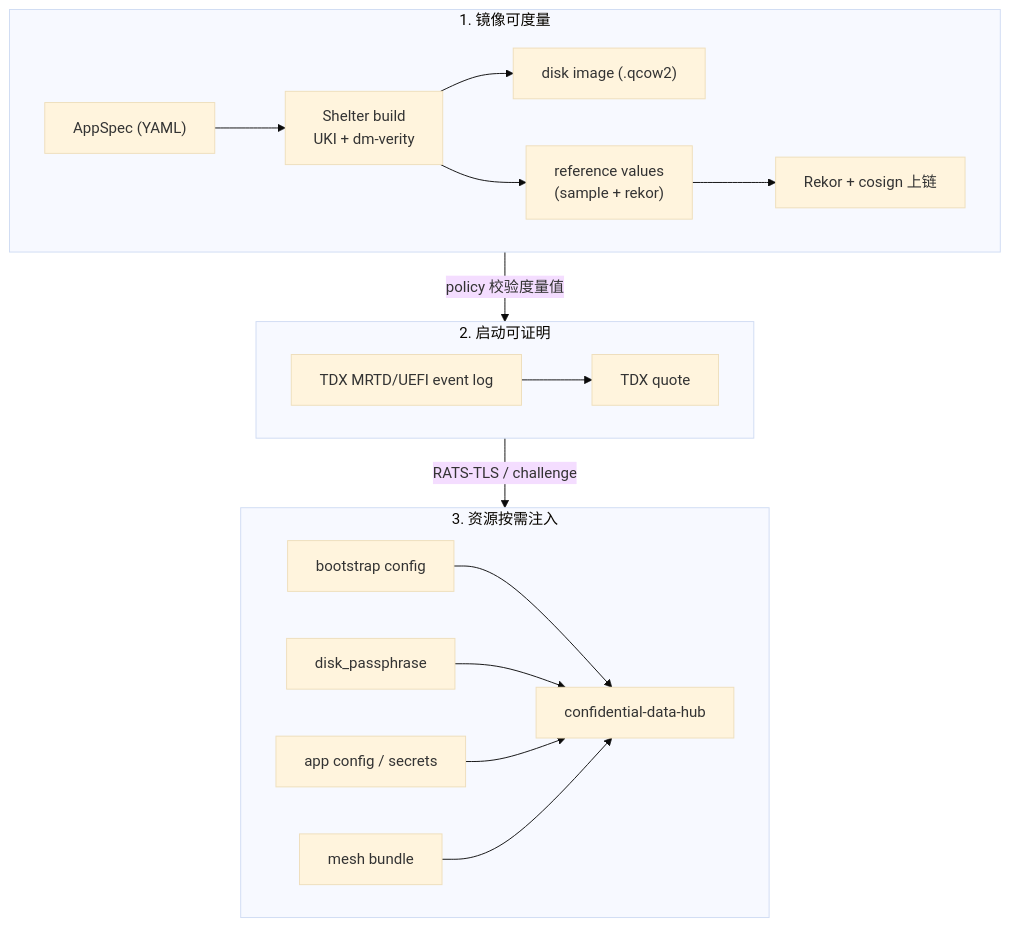
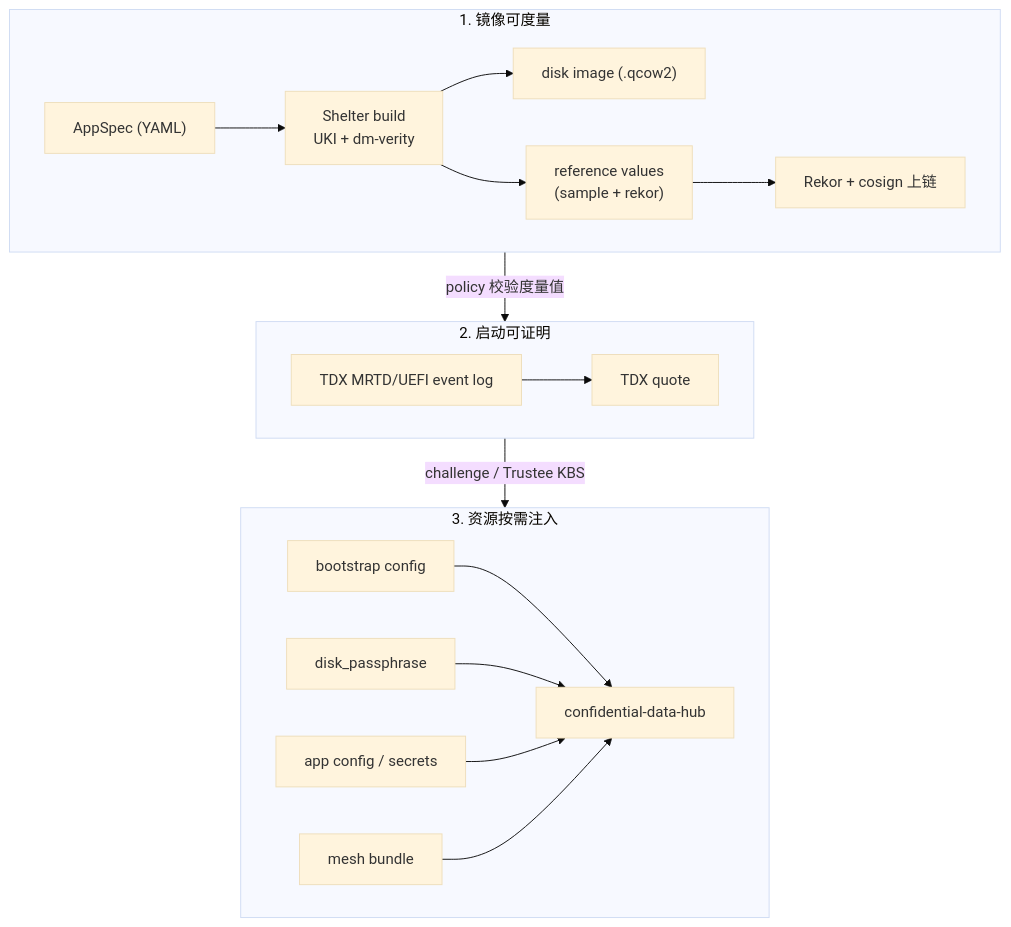
Before and after one commit to wdsun1008/confidential-agent: the diagram in README.md, drawn with Mermaid (base theme). The commit also changed other lines of this file and 3 other files, not shown here.

````diff
--- a/README.md
+++ b/README.md
@@ -43,25 +44,25 @@
 ```mermaid
 flowchart TB
     subgraph L1["1. 镜像可度量"]
         S1["AppSpec (YAML)"] --> SH["Shelter build<br/>UKI + dm-verity"]
         SH --> IMG["disk image (.qcow2)"]
         SH --> RV["reference values<br/>(sample + rekor)"]
         RV --> RK["Rekor + cosign 上链"]
     end
 
     subgraph L2["2. 启动可证明"]
         TDX["TDX MRTD/UEFI event log"]
         QUOTE["TDX quote"]
         TDX --> QUOTE
     end
 
     subgraph L3["3. 资源按需注入"]
         BS["bootstrap config"] --> CDH["confidential-data-hub"]
         DK["disk_passphrase"] --> CDH
         APP["app config / secrets"] --> CDH
         MESH["mesh bundle"] --> CDH
     end
 
     L1 -- "policy 校验度量值" --> L2
-    L2 -- "RATS-TLS / challenge" --> L3
+    L2 -- "challenge / Trustee KBS" --> L3
 ```
````
